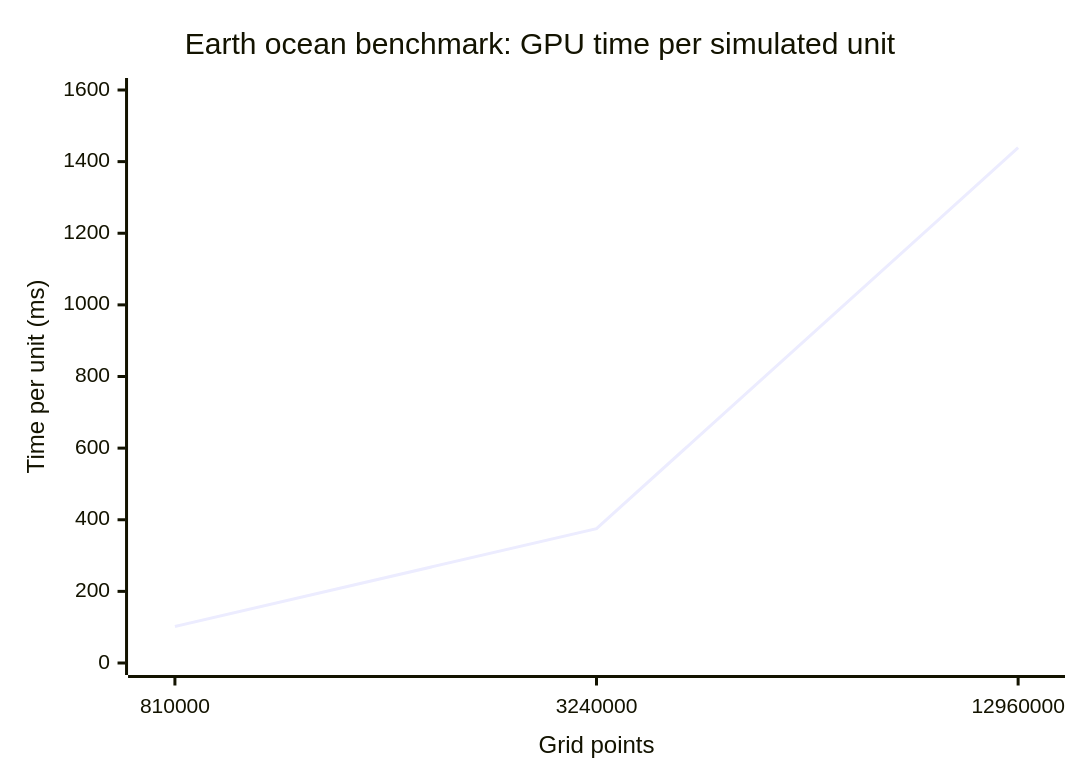
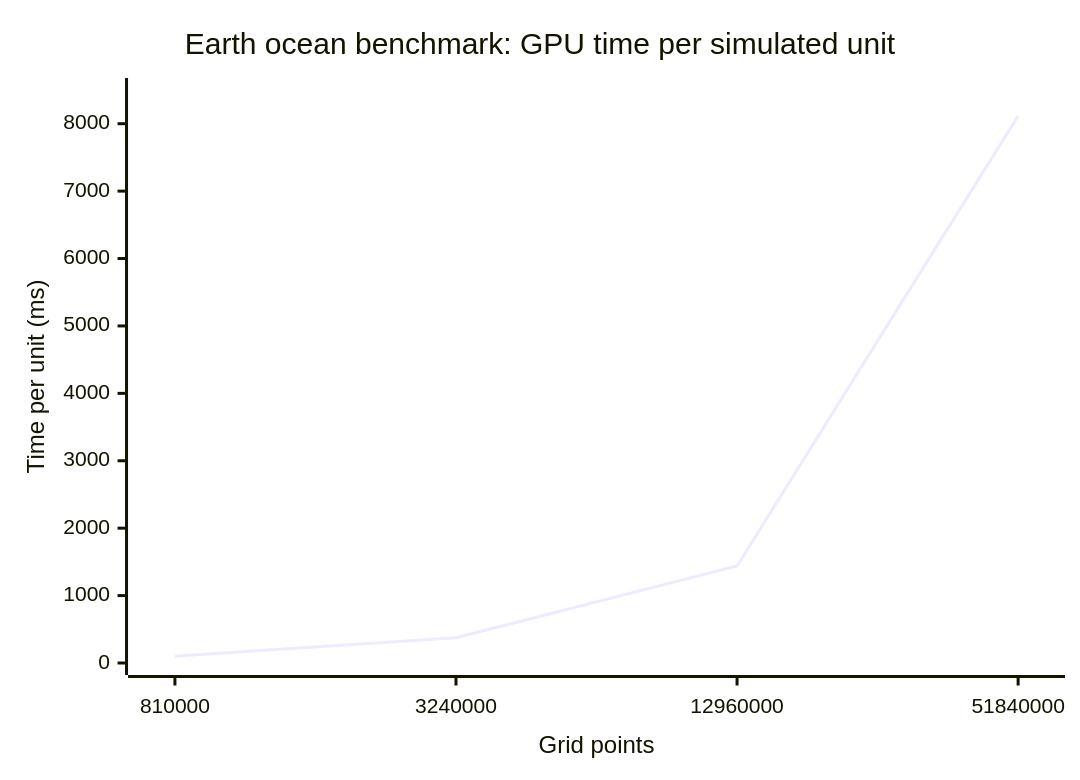
One commit to AndiJingzhiTse/Oceananigans.jl changed the diagram in benchmarking/results/2026-09-17_gpu/plot.md. Above: the diagram before and after it, drawn with Mermaid. The commit also changed other lines of this file and 21 other files, not shown here.

````diff
--- a/benchmarking/results/2026-09-17_gpu/plot.md
+++ b/benchmarking/results/2026-09-17_gpu/plot.md
@@ -3,7 +3,7 @@
 ```mermaid
 xychart-beta
     title "Earth ocean benchmark: GPU time per simulated unit"
-    x-axis "Grid points" [810000, 3240000, 12960000]
-    y-axis "Time per unit (ms)" 0 --> 1600
-    line [101.87, 375.16, 1438.83]
+    x-axis "Grid points" [810000, 3240000, 12960000, 51840000]
+    y-axis "Time per unit (ms)" 0 --> 8500
+    line [101.87, 375.16, 1438.83, 8115.04]
 ```
````
